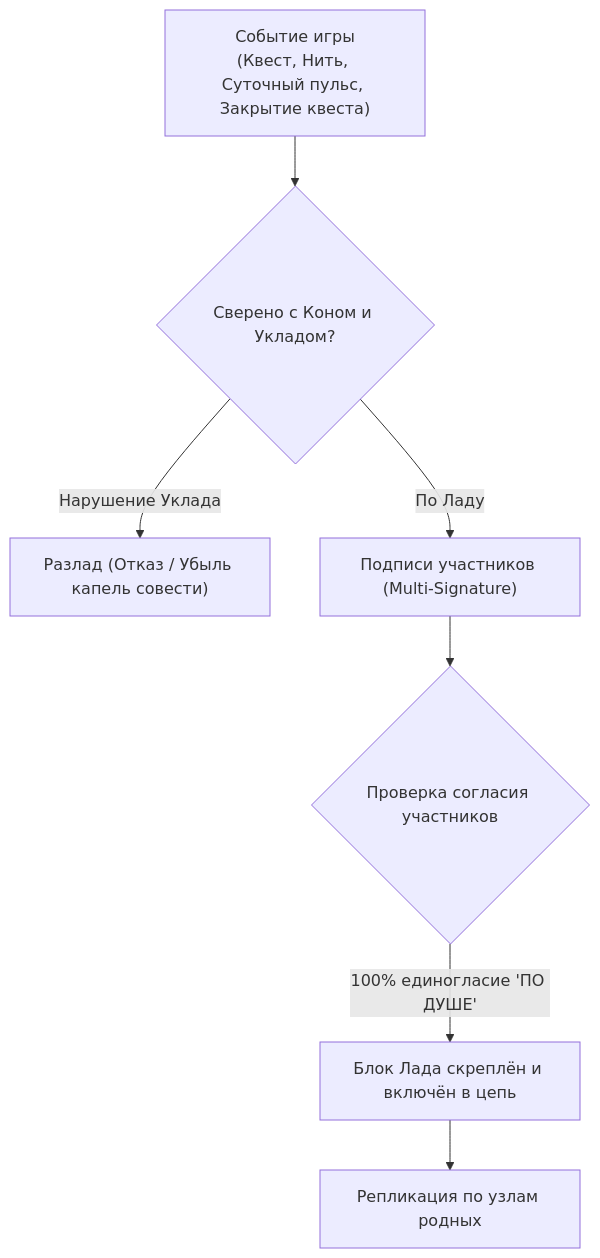
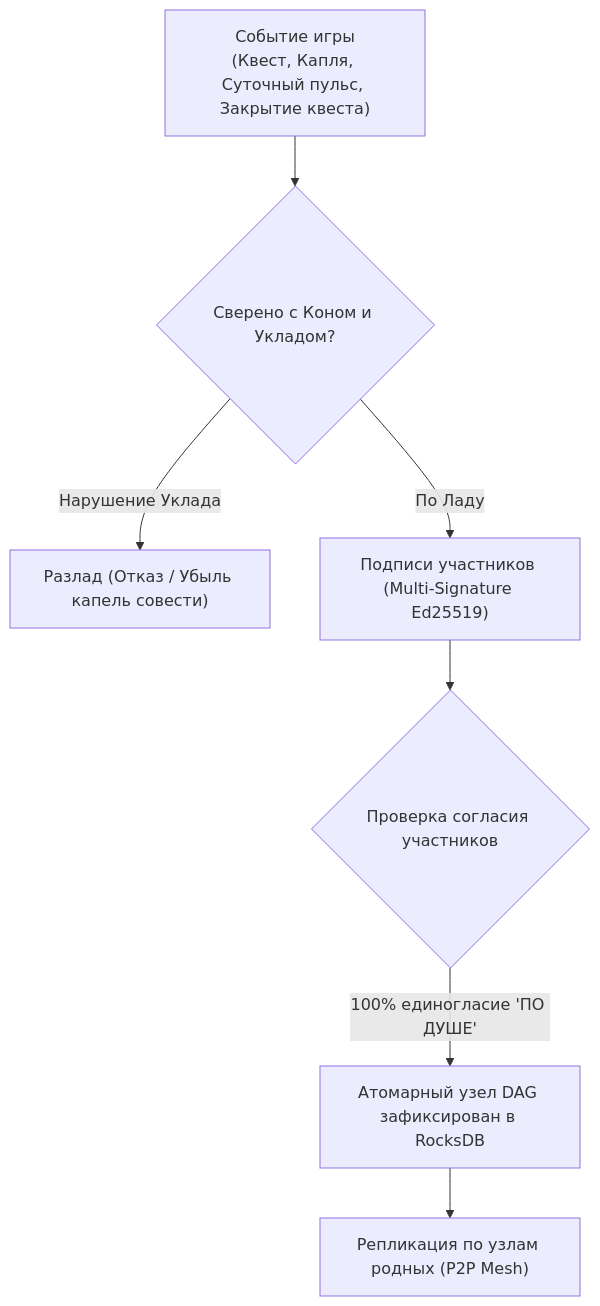
The diagram in VOLYA_DECENTRALIZED_ARCHITECTURE.md (sigom-unicorn/Volya), drawn with Mermaid before and after one commit. The commit also changed other lines of this file and 13 other files, not shown here.

````diff
--- a/VOLYA_DECENTRALIZED_ARCHITECTURE.md
+++ b/VOLYA_DECENTRALIZED_ARCHITECTURE.md
@@ -39,9 +38,9 @@
 ```mermaid
 flowchart TD
-    Action["Событие игры<br/>(Квест, Нить, Суточный пульс, Закрытие квеста)"] --> CheckKon{"Сверено с Коном и Укладом?"}
+    Action["Событие игры<br/>(Квест, Капля, Суточный пульс, Закрытие квеста)"] --> CheckKon{"Сверено с Коном и Укладом?"}
     CheckKon -- "Нарушение Уклада" --> Discord["Разлад (Отказ / Убыль капель совести)"]
-    CheckKon -- "По Ладу" --> MultiSig["Подписи участников (Multi-Signature)"]
+    CheckKon -- "По Ладу" --> MultiSig["Подписи участников (Multi-Signature Ed25519)"]
     MultiSig --> VecheRule{"Проверка согласия участников"}
-    VecheRule -- "100% единогласие 'ПО ДУШЕ'" --> HarmonyBlock["Блок Лада скреплён и включён в цепь"]
-    HarmonyBlock --> P2P["Репликация по узлам родных"]
+    VecheRule -- "100% единогласие 'ПО ДУШЕ'" --> DagNodeCommit["Атомарный узел DAG зафиксирован в RocksDB"]
+    DagNodeCommit --> P2P["Репликация по узлам родных (P2P Mesh)"]
 ```
````
